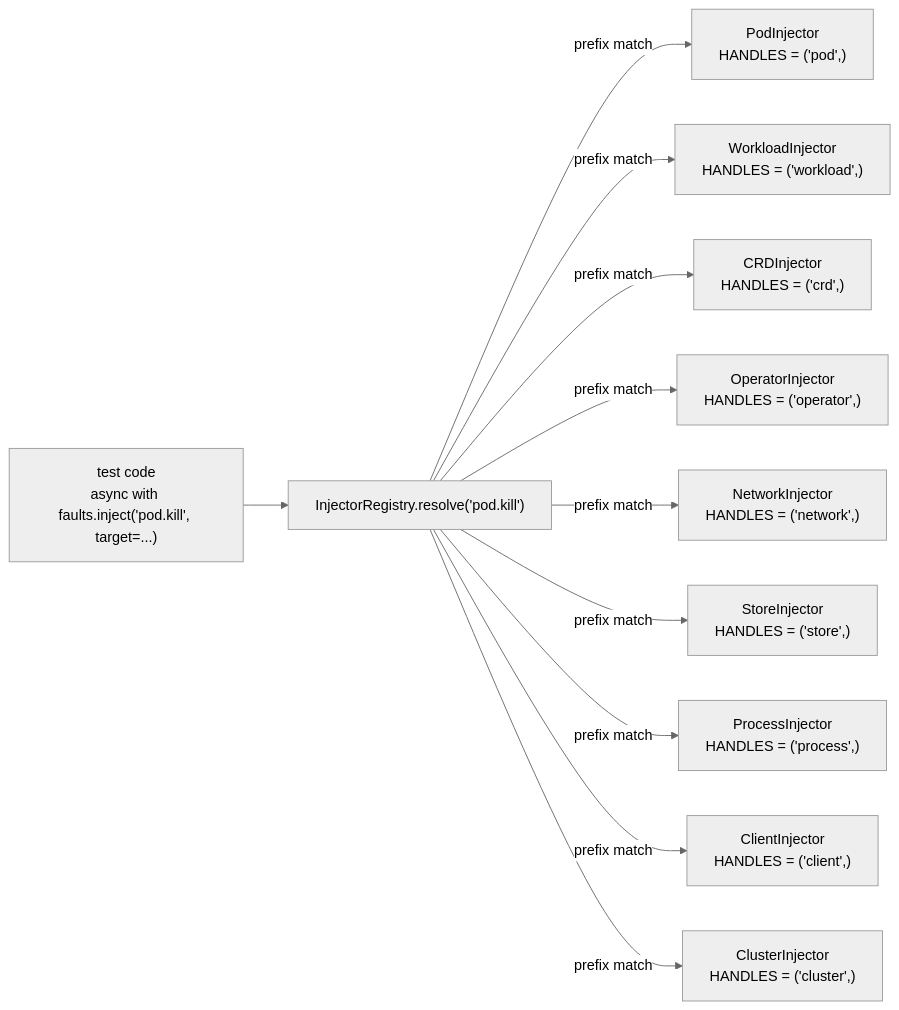
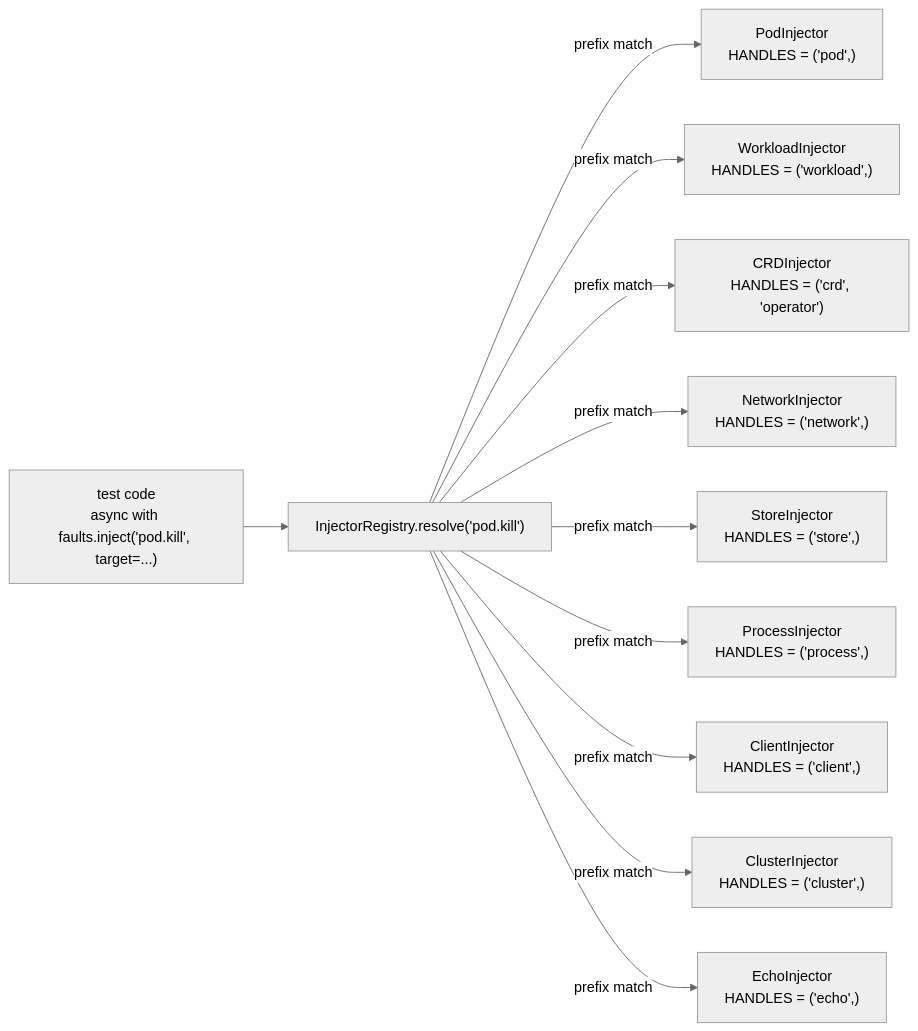
Before and after one commit to ai-dynamo/aiperf: the diagram in tests/kubernetes/chaos_common/FEATURES.md, drawn with Mermaid (neutral theme). The commit also changed other lines of this file and 44 other files, not shown here.

````diff
--- a/tests/kubernetes/chaos_common/FEATURES.md
+++ b/tests/kubernetes/chaos_common/FEATURES.md
@@ -144,13 +147,13 @@
 ```mermaid
 flowchart LR
     T["test code\nasync with faults.inject('pod.kill', target=...)"] --> R["InjectorRegistry.resolve('pod.kill')"]
     R -->|prefix match| P["PodInjector\nHANDLES = ('pod',)"]
     R -->|prefix match| W["WorkloadInjector\nHANDLES = ('workload',)"]
-    R -->|prefix match| C["CRDInjector\nHANDLES = ('crd',)"]
-    R -->|prefix match| O["OperatorInjector\nHANDLES = ('operator',)"]
+    R -->|prefix match| C["CRDInjector\nHANDLES = ('crd', 'operator')"]
     R -->|prefix match| N["NetworkInjector\nHANDLES = ('network',)"]
     R -->|prefix match| S["StoreInjector\nHANDLES = ('store',)"]
     R -->|prefix match| Pr["ProcessInjector\nHANDLES = ('process',)"]
     R -->|prefix match| Cl["ClientInjector\nHANDLES = ('client',)"]
     R -->|prefix match| Cs["ClusterInjector\nHANDLES = ('cluster',)"]
+    R -->|prefix match| E["EchoInjector\nHANDLES = ('echo',)"]
 ```
````
